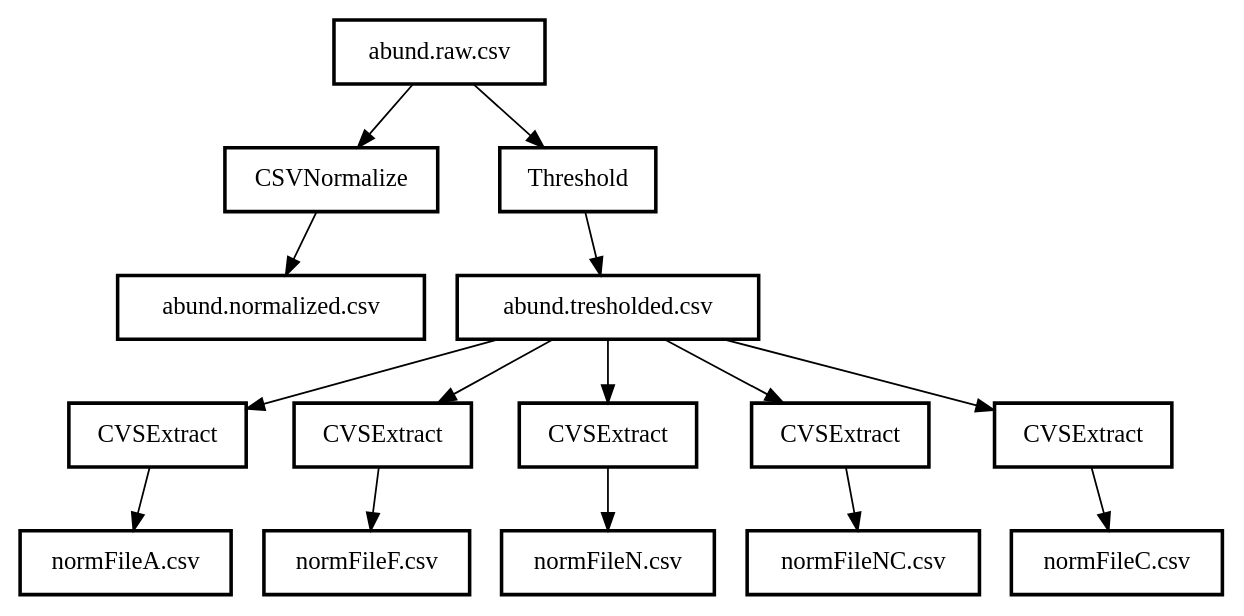
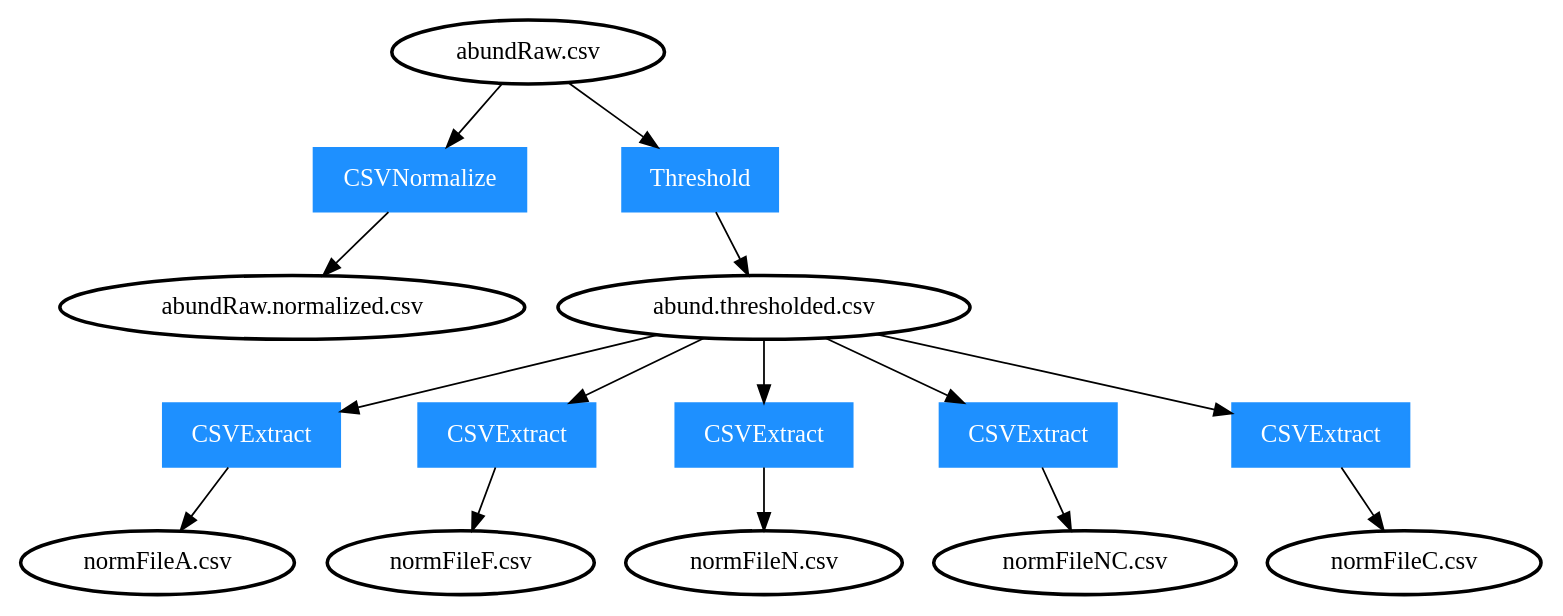
One commit to movingpictures83/PipeViz changed the diagram in 01_Parameters_SameFolder/mock/mockup.dot. Above: the diagram before and after it, drawn with Graphviz.

```diff
--- a/01_Parameters_SameFolder/mock/mockup.dot
+++ b/01_Parameters_SameFolder/mock/mockup.dot
@@ -1,15 +1,17 @@
 digraph G {
-	node [style=bold, shape=box];
-	1 [label="CVSExtract"];
-	2 [label="CVSExtract"];
-	3 [label="CVSExtract"];
-	4 [label="CVSExtract"];
-	5 [label="CVSExtract"];
-	"abund.raw.csv"->"CSVNormalize"->"abund.normalized.csv";
-	"abund.raw.csv"->"Threshold"->"abund.tresholded.csv";
-	"abund.tresholded.csv"->"1"->"normFileA.csv";
-	"abund.tresholded.csv"->"2"->"normFileF.csv";
-	"abund.tresholded.csv"->"3"->"normFileN.csv";
-	"abund.tresholded.csv"->"4"->"normFileNC.csv";
-	"abund.tresholded.csv"->"5"->"normFileC.csv";
+	node [style=bold];
+	"abundRaw.csv"->"0"->"abundRaw.normalized.csv";
+	"abundRaw.csv"->"1"->"abund.thresholded.csv";
+	"abund.thresholded.csv"->"2"->"normFileA.csv";
+	"abund.thresholded.csv"->"3"->"normFileF.csv";
+	"abund.thresholded.csv"->"4"->"normFileN.csv";
+	"abund.thresholded.csv"->"5"->"normFileNC.csv";
+	"abund.thresholded.csv"->"6"->"normFileC.csv";
+	"0" [label="CSVNormalize", shape=box, color=dodgerblue1, fontcolor=white, style=filled];
+	"1" [label="Threshold", shape=box, color=dodgerblue1, fontcolor=white, style=filled];
+	"2" [label="CSVExtract", shape=box, color=dodgerblue1, fontcolor=white, style=filled];
+	"3" [label="CSVExtract", shape=box, color=dodgerblue1, fontcolor=white, style=filled];
+	"4" [label="CSVExtract", shape=box, color=dodgerblue1, fontcolor=white, style=filled];
+	"5" [label="CSVExtract", shape=box, color=dodgerblue1, fontcolor=white, style=filled];
+	"6" [label="CSVExtract", shape=box, color=dodgerblue1, fontcolor=white, style=filled];
 }
```
